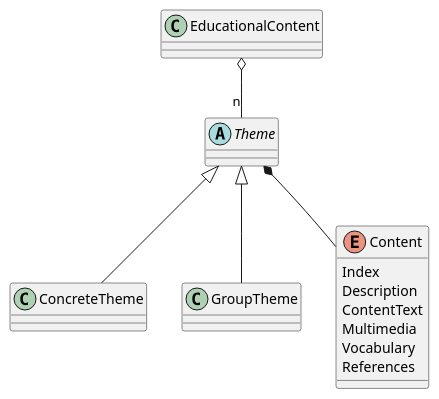
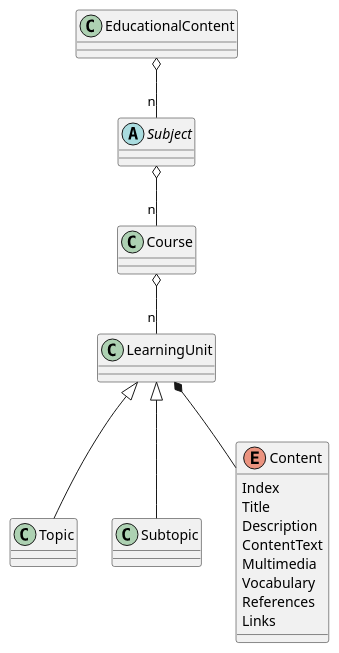
Before and after one commit to jumpering/lab-turing: the diagram in src/EducationalContent.puml, drawn with PlantUML. The commit also changed 3 other files, not shown here.

```diff
--- a/src/EducationalContent.puml
+++ b/src/EducationalContent.puml
@@ -1,19 +1,25 @@
 @startuml
 class EducationalContent
-abstract Theme
-class ConcreteTheme
-class GroupTheme
+abstract Subject
+class Course
+class LearningUnit
+class Topic
+class Subtopic
 Enum Content{
     Index
+    Title
     Description
     ContentText
     Multimedia
     Vocabulary
     References
+    Links
 }
 
-EducationalContent o--"n" Theme
-Theme <|-- ConcreteTheme
-Theme <|-- GroupTheme
-Theme *-- Content
+EducationalContent o--"n" Subject
+Subject o--"n" Course
+Course o--"n" LearningUnit
+LearningUnit <|-- Topic
+LearningUnit <|-- Subtopic
+LearningUnit *-- Content
 @enduml
```
